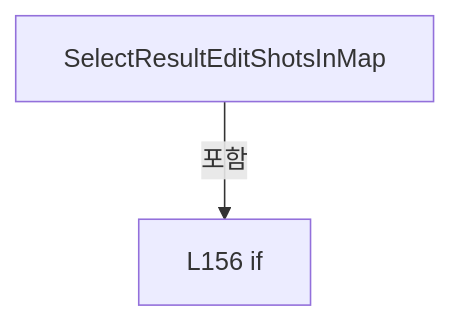
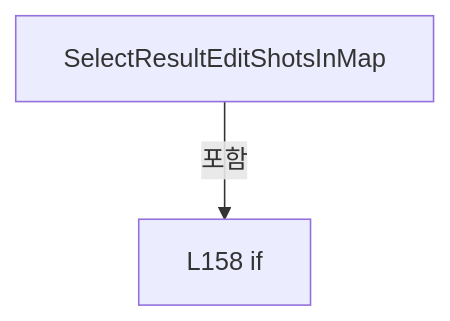
One commit to kjuws10-rgb/Shared changed the sixth of 24 diagrams in A3 LD Code Ref/files/Drilling.UI/Menu/Menus/CMenuCorrection.ReviewData.Edit.cs.md. Above: the diagram before and after it, drawn with Mermaid. The commit also changed other lines of this file and 2071 other files, not shown here.

Commit message:
docs(a3): update 11.19.0 architecture and code reference

````diff
--- a/A3 LD Code Ref/files/Drilling.UI/Menu/Menus/CMenuCorrection.ReviewData.Edit.cs.md
+++ b/A3 LD Code Ref/files/Drilling.UI/Menu/Menus/CMenuCorrection.ReviewData.Edit.cs.md
@@ -1962,6 +2020,6 @@
 ```mermaid
 flowchart TD
  M["SelectResultEditShotsInMap"]
- N0["L156 if"]
+ N0["L158 if"]
  M -->|포함| N0
 ```
````
